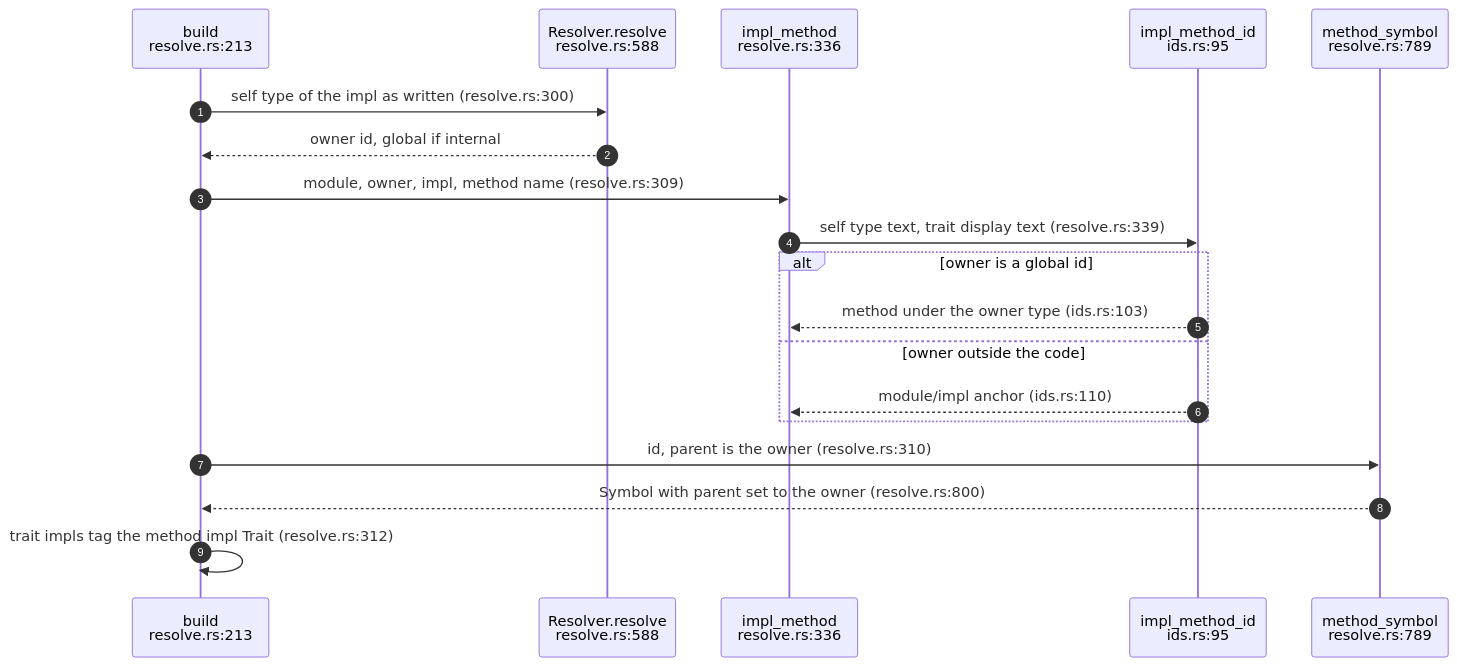
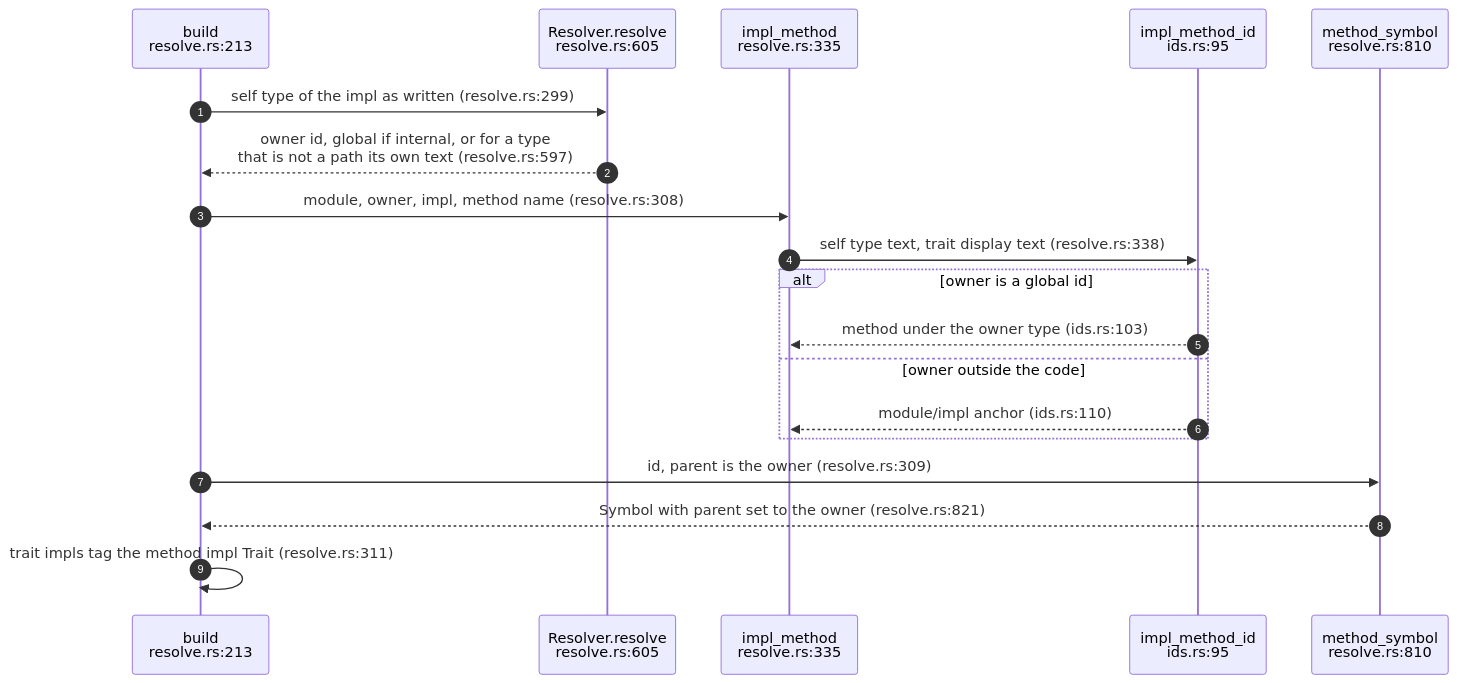
One commit to DreamLab-AI/codemaid changed the third of 5 diagrams in docs/diagrams/extract/02-minting-ids-for-definitions.md. Above: the diagram before and after it, drawn with Mermaid. The commit also changed other lines of this file and 21 other files, not shown here.

````diff
--- a/docs/diagrams/extract/02-minting-ids-for-definitions.md
+++ b/docs/diagrams/extract/02-minting-ids-for-definitions.md
@@ -124,21 +125,21 @@
 ```mermaid
 sequenceDiagram
     autonumber
     participant BU as build<br/>resolve.rs:213
-    participant RS as Resolver.resolve<br/>resolve.rs:588
-    participant IM as impl_method<br/>resolve.rs:336
+    participant RS as Resolver.resolve<br/>resolve.rs:605
+    participant IM as impl_method<br/>resolve.rs:335
     participant ID as impl_method_id<br/>ids.rs:95
-    participant MS as method_symbol<br/>resolve.rs:789
-    BU->>RS: self type of the impl as written (resolve.rs:300)
-    RS-->>BU: owner id, global if internal
-    BU->>IM: module, owner, impl, method name (resolve.rs:309)
-    IM->>ID: self type text, trait display text (resolve.rs:339)
+    participant MS as method_symbol<br/>resolve.rs:810
+    BU->>RS: self type of the impl as written (resolve.rs:299)
+    RS-->>BU: owner id, global if internal, or for a type<br/>that is not a path its own text (resolve.rs:597)
+    BU->>IM: module, owner, impl, method name (resolve.rs:308)
+    IM->>ID: self type text, trait display text (resolve.rs:338)
     alt owner is a global id
         ID-->>IM: method under the owner type (ids.rs:103)
     else owner outside the code
         ID-->>IM: module/impl anchor (ids.rs:110)
     end
-    BU->>MS: id, parent is the owner (resolve.rs:310)
-    MS-->>BU: Symbol with parent set to the owner (resolve.rs:800)
-    BU->>BU: trait impls tag the method impl Trait (resolve.rs:312)
+    BU->>MS: id, parent is the owner (resolve.rs:309)
+    MS-->>BU: Symbol with parent set to the owner (resolve.rs:821)
+    BU->>BU: trait impls tag the method impl Trait (resolve.rs:311)
 ```
````
